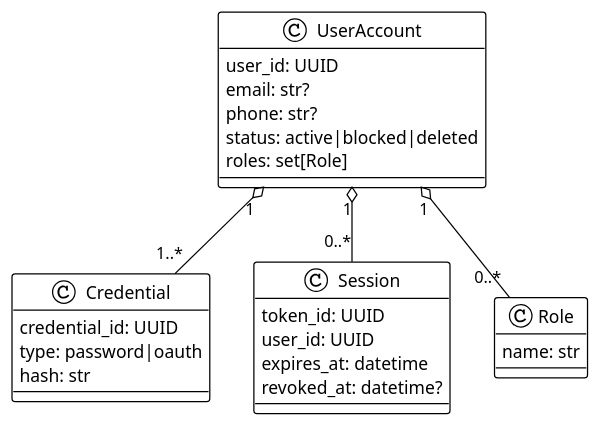
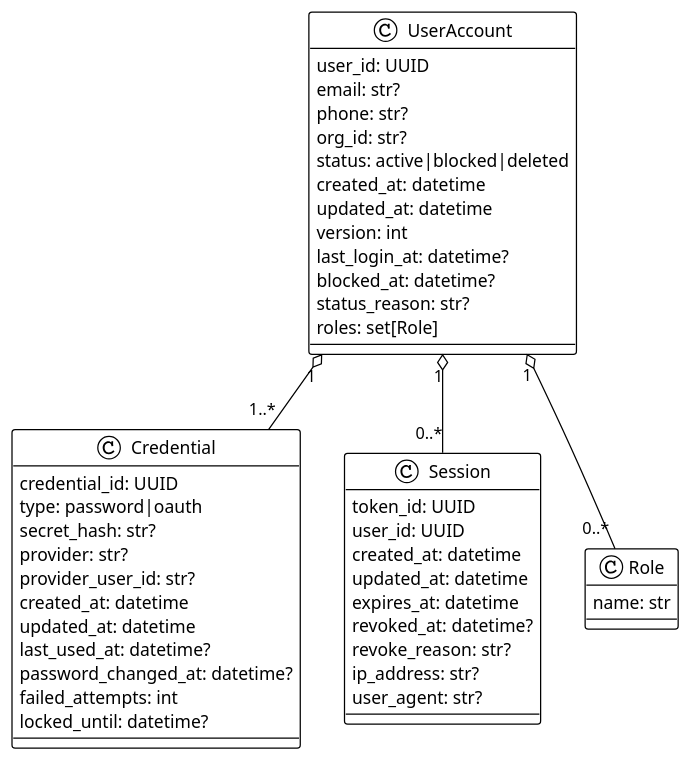
The diagram in docs/diagrams/domain-model.puml (semoleg1986/auth-service), drawn with PlantUML before and after one commit. The commit also changed 1 other file, not shown here.

```diff
--- a/docs/diagrams/domain-model.puml
+++ b/docs/diagrams/domain-model.puml
@@ -1,34 +1,54 @@
 @startuml
 !theme plain
 skinparam shadowing false
 skinparam packageStyle rectangle
 
 class UserAccount {
   user_id: UUID
   email: str?
   phone: str?
+  org_id: str?
   status: active|blocked|deleted
+  created_at: datetime
+  updated_at: datetime
+  version: int
+  last_login_at: datetime?
+  blocked_at: datetime?
+  status_reason: str?
   roles: set[Role]
 }
 
 class Credential {
   credential_id: UUID
   type: password|oauth
-  hash: str
+  secret_hash: str?
+  provider: str?
+  provider_user_id: str?
+  created_at: datetime
+  updated_at: datetime
+  last_used_at: datetime?
+  password_changed_at: datetime?
+  failed_attempts: int
+  locked_until: datetime?
 }
 
 class Session {
   token_id: UUID
   user_id: UUID
+  created_at: datetime
+  updated_at: datetime
   expires_at: datetime
   revoked_at: datetime?
+  revoke_reason: str?
+  ip_address: str?
+  user_agent: str?
 }
 
 class Role {
   name: str
 }
 
 UserAccount "1" o-- "1..*" Credential
 UserAccount "1" o-- "0..*" Session
 UserAccount "1" o-- "0..*" Role
 @enduml
```
